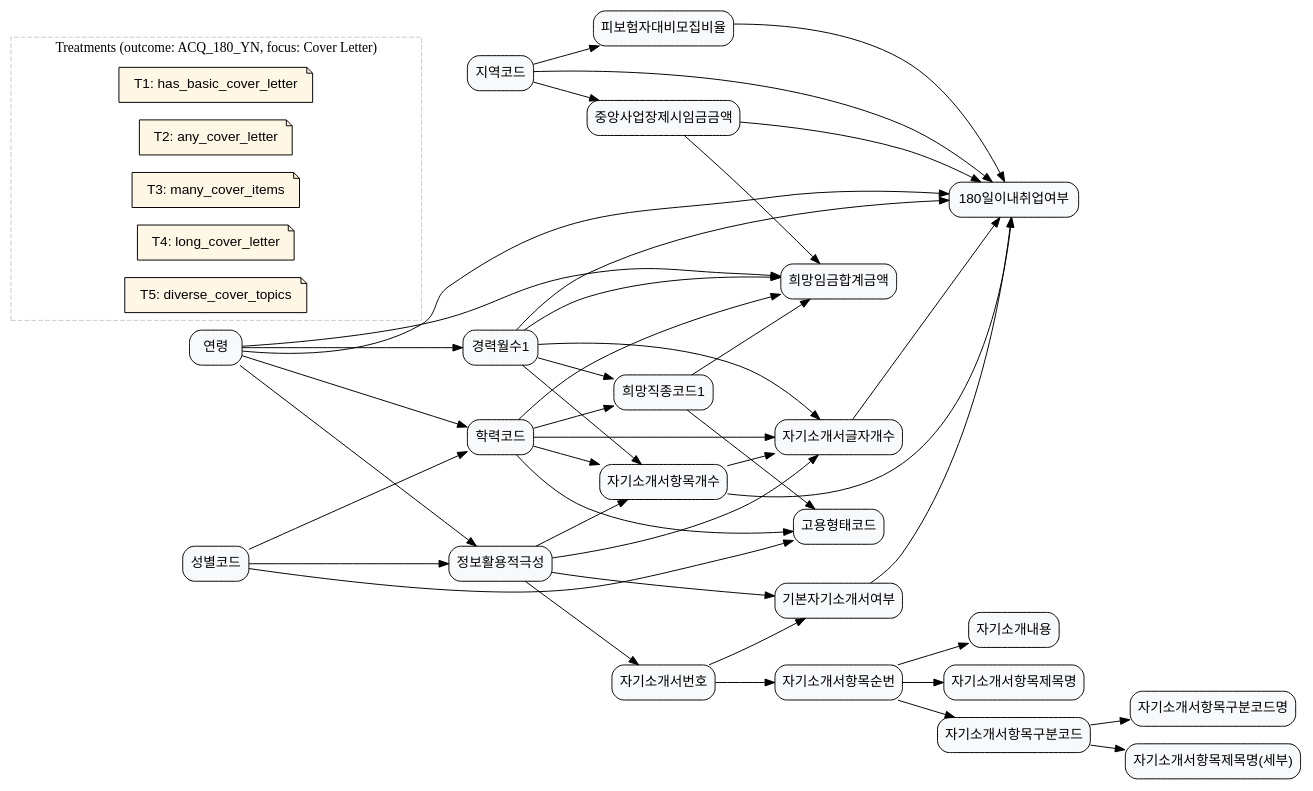
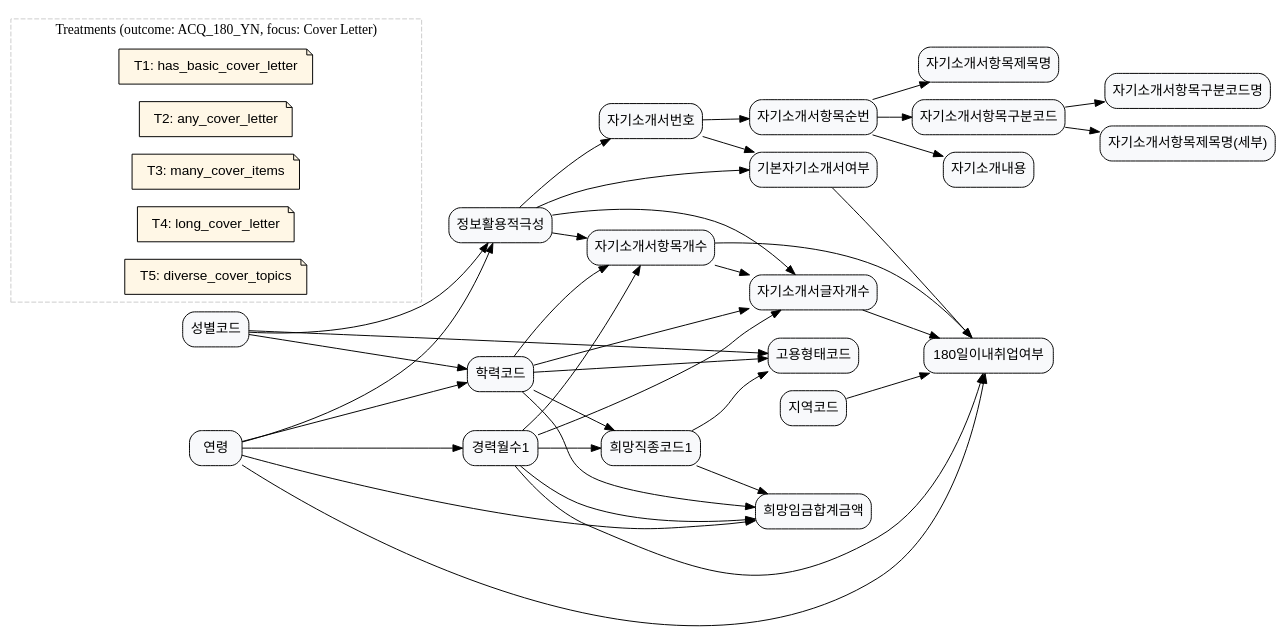
Before and after one commit to KU-LIM-Lab/dowhy-deep: the diagram in laborlab/data/graph_data/graph_3.dot, drawn with Graphviz. The commit also changed 4 other files, not shown here.

Commit message:
update graphs

```diff
--- a/laborlab/data/graph_data/graph_3.dot
+++ b/laborlab/data/graph_data/graph_3.dot
@@ -1,163 +1,146 @@
 digraph {
     rankdir=LR;
     node [shape=box, style="rounded,filled", fillcolor="#F8F9FB", fontname="Helvetica"];
 
     // ==== 노드 라벨 정의 (Outcome + 기본 배경) ====
     ACQ_180_YN                  [label="180일이내취업여부"];
     AGE                         [label="연령"];
     SXDS_CD                     [label="성별코드"];
     ACCR_CD                     [label="학력코드"];
     CARR_MYCT1                  [label="경력월수1"];
     AREA_CD                     [label="지역코드"];
     AGREE_LEVEL                 [label="정보활용적극성"];
 
     // ==== 자기소개서 관련 변수 (structured + cover_letter) ====
     SFID_IEM_NUM                [label="자기소개서항목개수"];         // structured
     SFID_LTTR_NUM               [label="자기소개서글자개수"];         // structured
     SFID_NO                     [label="자기소개서번호"];             // cover_letter
     BASS_SFID_YN                [label="기본자기소개서여부"];         // cover_letter
     SFID_IEM_SN                 [label="자기소개서항목순번"];         // cover_letter
     SFID_SJNM                   [label="자기소개서항목제목명"];       // cover_letter
     SFID_IEM_SECD               [label="자기소개서항목구분코드"];     // cover_letter
     DS_SFID_IEM_SECD            [label="자기소개서항목구분코드명"];   // cover_letter
     SFID_IEM_SJNM               [label="자기소개서항목제목명(세부)"]; // cover_letter (설명용)
     SELF_INTRO_CONT             [label="자기소개내용"];               // cover_letter
 
     // ==== 기타 취업 관련 변수 (약간만 포함) ====
     EMPL_STLE_CD                [label="고용형태코드"];
     HOPE_JSCD1                  [label="희망직종코드1"];
     HOPE_WAGE_SM_AMT            [label="희망임금합계금액"];
-    NTR_BPLC_PSNT_WAGE_AMT      [label="중앙사업장제시임금금액"];
-    IPS_VS_RCIT_RATE            [label="피보험자대비모집비율"];
 
     // ============================================================
     // ==== Treatment definitions (메타데이터용 노드) ==============
-    // role="treatment_meta"로 태깅한 노드에 treatment 정보를 저장한다.
-    // 파이프라인에서 pygraphviz로 읽어 DoWhy/TabPFN에 넘길 때 사용.
 
     subgraph cluster_treatments {
         label="Treatments (outcome: ACQ_180_YN, focus: Cover Letter)";
         style=dashed;
         color="#CCCCCC";
         node [shape=note, style="rounded,filled", fillcolor="#FFF7E6", fontname="Helvetica"];
 
-        // T1: 기본 자기소개서 보유 여부 (대표 자기소개서 설정)
+        // T1: 기본 자기소개서 보유 여부
         T1 [
             label="T1: has_basic_cover_letter",
             role="treatment_meta",
             treatment_var="BASS_SFID_YN",
             treatment_name="has_basic_cover_letter",
             treatment_def="BASS_SFID_YN == 1 (기본 자기소개서를 보유한 구직자)",
             treatment_question="기본(대표) 자기소개서를 보유한 구직자는 그렇지 않은 구직자보다 6개월 이내 취업 확률이 얼마나 높은가?"
         ];
 
-        // T2: 자기소개서 작성 여부 (아예 작성했는지)
+        // T2: 자기소개서 작성 여부
         T2 [
             label="T2: any_cover_letter",
             role="treatment_meta",
             treatment_var="SFID_IEM_NUM",
             treatment_name="any_cover_letter",
             treatment_def="SFID_IEM_NUM > 0 (하나 이상의 자기소개서 항목을 작성한 경우)",
             treatment_question="자기소개서를 한 항목이라도 작성한 구직자는 자기소개서를 전혀 작성하지 않은 구직자보다 6개월 이내 취업 확률이 얼마나 높은가?"
         ];
 
         // T3: 자기소개서 항목 수가 많은 구직자
         T3 [
             label="T3: many_cover_items",
             role="treatment_meta",
             treatment_var="SFID_IEM_NUM",
             treatment_name="many_cover_items",
             treatment_def="SFID_IEM_NUM가 분포 상위 분위(예: 상위 30%)에 해당하면 1, 그 외 0",
             treatment_question="자기소개서 항목을 많이 작성한 구직자는 항목 수가 적은 구직자보다 6개월 이내 취업 확률이 얼마나 높은가?"
         ];
 
         // T4: 자기소개서 글자 수가 긴 구직자
         T4 [
             label="T4: long_cover_letter",
             role="treatment_meta",
             treatment_var="SFID_LTTR_NUM",
             treatment_name="long_cover_letter",
             treatment_def="SFID_LTTR_NUM이 분포 상위 분위(예: 상위 30%)에 해당하면 1, 그 외 0",
             treatment_question="자기소개서 분량(글자 수)이 많은 구직자는 분량이 짧은 구직자보다 6개월 이내 취업 확률이 얼마나 높은가?"
         ];
 
         // T5: 자기소개서 항목 구분의 다양성이 높은 구직자
         T5 [
             label="T5: diverse_cover_topics",
             role="treatment_meta",
             treatment_var="SFID_IEM_SECD",
             treatment_name="diverse_cover_topics",
             treatment_def="개인별 고유 SFID_IEM_SECD의 개수(항목구분 종류 수)가 상위 분위(예: 상위 30%)이면 1, 그 외 0",
             treatment_question="자기소개서에서 다양한 항목(성격, 경험, 지원동기 등)을 골고루 다룬 구직자는 그렇지 않은 구직자보다 6개월 이내 취업 확률이 얼마나 높은가?"
         ];
     }
 
     // ============================================================
     // ==== Causal structure (DAG for Cover Letter quality) =======
 
     // --- 인구학적/배경 변수 ---
     SXDS_CD -> ACCR_CD;                    // 성별에 따라 학력 경로가 달라질 수 있음
     SXDS_CD -> AGREE_LEVEL;                // 성별에 따른 정보 활용/동의 행태 차이
     SXDS_CD -> EMPL_STLE_CD;               // 성별에 따른 고용형태 차별/선호
 
     AGE -> ACCR_CD;                        // 나이가 많을수록 높은 학력일 가능성
     AGE -> CARR_MYCT1;                     // 나이가 많을수록 경력월수 증가
     AGE -> HOPE_WAGE_SM_AMT;               // 연령이 높을수록 희망임금 증가
     AGE -> AGREE_LEVEL;                    // 연령대에 따라 온라인 정보 활용 태도 차이
     AGE -> ACQ_180_YN;                     // 연령에 따른 취업확률 차이
 
-    AREA_CD -> NTR_BPLC_PSNT_WAGE_AMT;     // 지역에 따라 제시임금 수준 차이
-    AREA_CD -> IPS_VS_RCIT_RATE;           // 지역별 모집비율 차이
     AREA_CD -> ACQ_180_YN;                 // 지역 노동시장 여건 차이
 
     ACCR_CD -> HOPE_JSCD1;                 // 학력에 따라 선택 가능한 직종이 달라짐
     ACCR_CD -> HOPE_WAGE_SM_AMT;           // 학력이 높을수록 희망임금 상향
     ACCR_CD -> EMPL_STLE_CD;               // 학력에 따라 정규/비정규 고용형태 분포가 다름
 
     CARR_MYCT1 -> HOPE_JSCD1;              // 경력 직종에 머무를 가능성
     CARR_MYCT1 -> HOPE_WAGE_SM_AMT;        // 경력이 많을수록 희망임금 증가
     CARR_MYCT1 -> ACQ_180_YN;              // 경력 자체가 취업 가능성에 직접 영향
 
     // --- 직종/임금/노동시장 구조 ---
     HOPE_JSCD1 -> HOPE_WAGE_SM_AMT;        // 직종 수준이 희망임금에 영향
     HOPE_JSCD1 -> EMPL_STLE_CD;            // 직종에 따라 고용형태(상용직/단기직 등) 달라짐
-
-    NTR_BPLC_PSNT_WAGE_AMT -> HOPE_WAGE_SM_AMT; // 시장에서 제시되는 임금 수준이 개인의 희망임금에 영향
-    NTR_BPLC_PSNT_WAGE_AMT -> ACQ_180_YN;       // 제시임금 수준이 너무 낮거나 높으면 매칭 실패 가능
-
-    IPS_VS_RCIT_RATE -> ACQ_180_YN;        // 모집비율이 높을수록 취업 가능성이 증가
 
     // --- 정보활용 및 자기소개서 작성 행동 ---
     AGREE_LEVEL -> SFID_NO;                // 정보활용에 적극적인 사람일수록 자기소개서를 만들 가능성이 높음
     AGREE_LEVEL -> BASS_SFID_YN;           // 기본자기소개서를 등록할 가능성
     AGREE_LEVEL -> SFID_IEM_NUM;           // 항목을 더 많이 채울 가능성
     AGREE_LEVEL -> SFID_LTTR_NUM;          // 전체 분량도 많아질 가능성
 
     ACCR_CD -> SFID_IEM_NUM;               // 학력이 높을수록 자기소개서를 더 구조화해서 작성할 가능성
     ACCR_CD -> SFID_LTTR_NUM;              // 학력이 높을수록 분량/서술이 길어질 수 있음
 
     CARR_MYCT1 -> SFID_IEM_NUM;            // 경력 많은 사람은 쓸 이야기(항목)가 많음
     CARR_MYCT1 -> SFID_LTTR_NUM;           // 경력 서술로 인해 분량 증가
 
     // --- 자기소개서 구조 -> 내용 -> 취업 ---
     SFID_NO -> BASS_SFID_YN;               // 자기소개서가 있어야 기본 자기소개서로 설정 가능
     SFID_NO -> SFID_IEM_SN;                // 한 자기소개서 내 여러 항목 순번
     SFID_IEM_SN -> SFID_SJNM;              // 순번별 항목 제목
     SFID_IEM_SN -> SFID_IEM_SECD;          // 순번별 항목 구분코드
     SFID_IEM_SN -> SELF_INTRO_CONT;        // 각 항목의 실제 내용
 
     SFID_IEM_SECD -> DS_SFID_IEM_SECD;     // 코드에 대응하는 한글 항목명
     SFID_IEM_SECD -> SFID_IEM_SJNM;        // 세부 항목 제목과도 연결
 
-    // 항목 개수와 글자수는 셀프 컨텐츠의 집계치로 이해
     SFID_IEM_NUM -> SFID_LTTR_NUM;         // 항목 수가 많을수록 전체 글자 수도 많아짐
 
-    // 자기소개서 구조/분량이 서류 평가와 취업 여부에 영향을 준다고 가정
     BASS_SFID_YN -> ACQ_180_YN;            // 기본 자기소개서를 가지고 있으면 서류 평가에 유리할 수 있음
     SFID_IEM_NUM -> ACQ_180_YN;            // 항목 구성(구조화 정도)이 취업 가능성에 영향
     SFID_LTTR_NUM -> ACQ_180_YN;           // 자기소개서 분량이 너무 짧거나 지나치게 길면 불리/유리하게 작용
-
-    // 항목 내용(SELF_INTRO_CONT) 자체는 텍스트 분석으로 품질을 측정할 수 있지만,
-    // 여기서는 구조적 프록시(SFID_IEM_NUM, SFID_LTTR_NUM, 항목구분 다양성 등)를 통해
-    // 서류 품질이 ACQ_180_YN에 미치는 효과를 식별하고자 함.
 }
```
